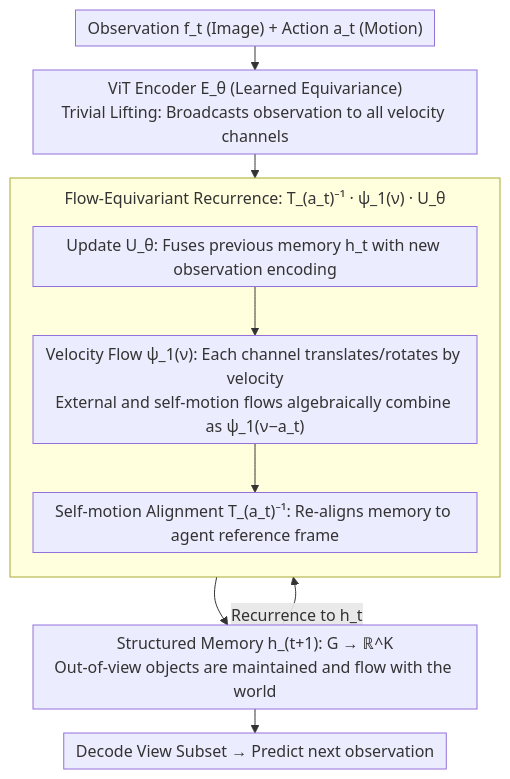
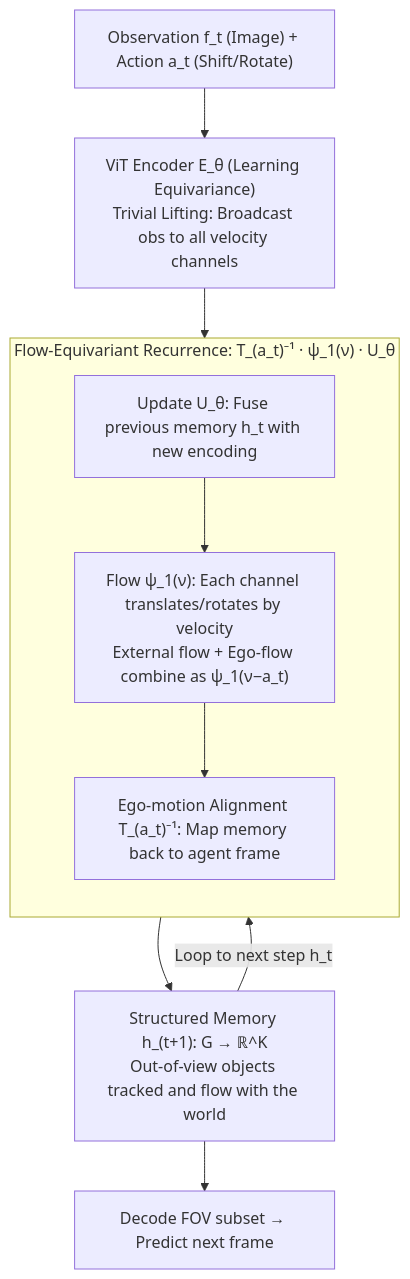
Before and after one commit to zhaoyang97/Paper-Notes-en: the diagram in docs/ICML2026/reinforcement_learning/flow_equivariant_world_models_memory_for_partially_observed_dynamic_environments.md, drawn with Mermaid. The commit also changed other lines of this file and 5084 other files, not shown here.

````diff
--- a/docs/ICML2026/reinforcement_learning/flow_equivariant_world_models_memory_for_partially_observed_dynamic_environments.md
+++ b/docs/ICML2026/reinforcement_learning/flow_equivariant_world_models_memory_for_partially_observed_dynamic_environments.md
@@ -52,19 +52,18 @@
 ```mermaid
-%%{init: {'flowchart': {'rankSpacing': 24, 'nodeSpacing': 26, 'padding': 6, 'wrappingWidth': 420, 'subGraphTitleMargin': {'top': 8, 'bottom': 16}}}}%%
-flowchart TD
-    OBS["Observation f_t (Image) + Action a_t (Motion)"]
-    ENC["ViT Encoder E_θ (Learned Equivariance)<br/>Trivial Lifting: Broadcasts observation to all velocity channels"]
+graph TD
+    OBS["Observation f_t (Image) + Action a_t (Shift/Rotate)"]
+    ENC["ViT Encoder E_θ (Learning Equivariance)<br/>Trivial Lifting: Broadcast obs to all velocity channels"]
     subgraph REC["Flow-Equivariant Recurrence: T_(a_t)⁻¹ · ψ_1(ν) · U_θ"]
         direction TB
-        UPD["Update U_θ: Fuses previous memory h_t with new observation encoding"]
-        FLOW["Velocity Flow ψ_1(ν): Each channel translates/rotates by velocity<br/>External and self-motion flows algebraically combine as ψ_1(ν−a_t)"]
-        ALIGN["Self-motion Alignment T_(a_t)⁻¹: Re-aligns memory to agent reference frame"]
+        UPD["Update U_θ: Fuse previous memory h_t with new encoding"]
+        FLOW["Flow ψ_1(ν): Each channel translates/rotates by velocity<br/>External flow + Ego-flow combine as ψ_1(ν−a_t)"]
+        ALIGN["Ego-motion Alignment T_(a_t)⁻¹: Map memory back to agent frame"]
         UPD --> FLOW --> ALIGN
     end
-    MEM["Structured Memory h_(t+1): G → ℝ^K<br/>Out-of-view objects are maintained and flow with the world"]
-    DEC["Decode View Subset → Predict next observation"]
+    MEM["Structured Memory h_(t+1): G → ℝ^K<br/>Out-of-view objects tracked and flow with the world"]
+    DEC["Decode FOV subset → Predict next frame"]
     OBS --> ENC --> UPD
     ALIGN --> MEM
-    MEM -->|Recurrence to h_t| UPD
+    MEM -->|Loop to next step h_t| UPD
     MEM --> DEC
 ```
````
